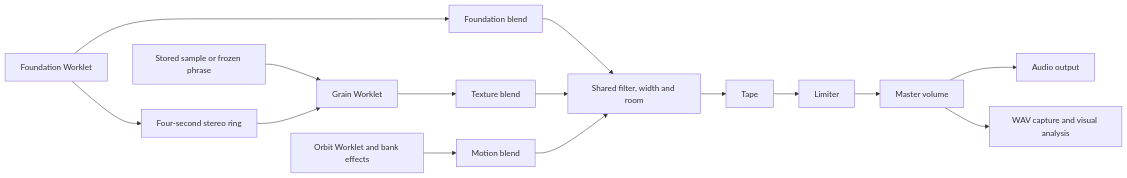
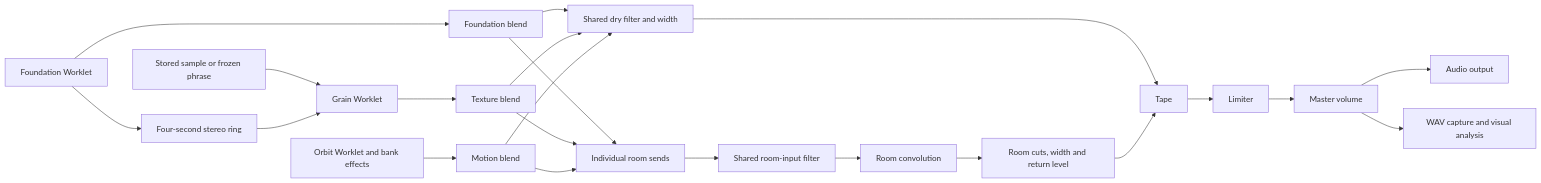
Before and after one commit to jaredkirby/hushfield: the diagram in docs/ARCHITECTURE.md, drawn with Mermaid. The commit also changed other lines of this file and 22 other files, not shown here.

````diff
--- a/docs/ARCHITECTURE.md
+++ b/docs/ARCHITECTURE.md
@@ -21,17 +21,24 @@
 ```mermaid
 flowchart LR
   F[Foundation Worklet] --> FG[Foundation blend]
   F --> R[Four-second stereo ring]
   S[Stored sample or frozen phrase] --> G[Grain Worklet]
   R --> G
   G --> TG[Texture blend]
   O[Orbit Worklet and bank effects] --> MG[Motion blend]
-  FG --> P[Shared filter, width and room]
+  FG --> P[Shared dry filter and width]
   TG --> P
   MG --> P
+  FG --> SND[Individual room sends]
+  TG --> SND
+  MG --> SND
+  SND --> RF[Shared room-input filter]
+  RF --> IR[Room convolution]
+  IR --> RT[Room cuts, width and return level]
   P --> T[Tape]
+  RT --> T
   T --> L[Limiter]
   L --> M[Master volume]
   M --> D[Audio output]
   M --> C[WAV capture and visual analysis]
 ```
````
